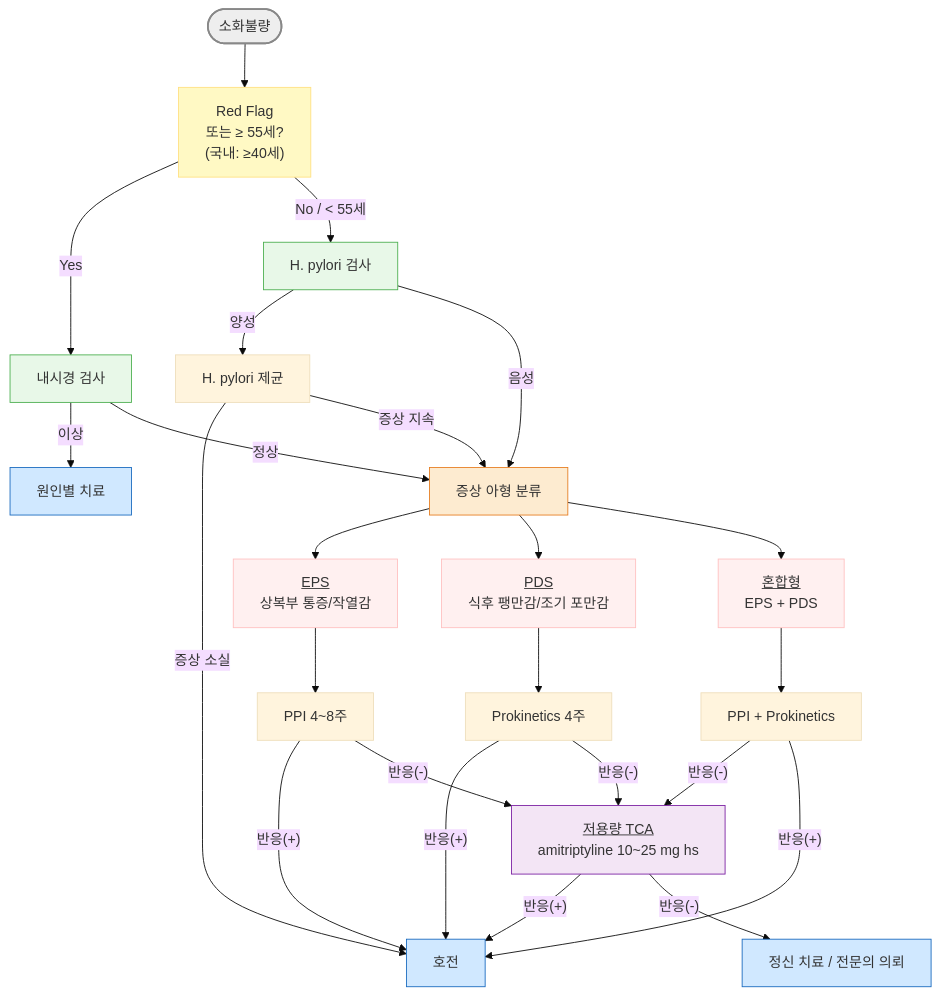
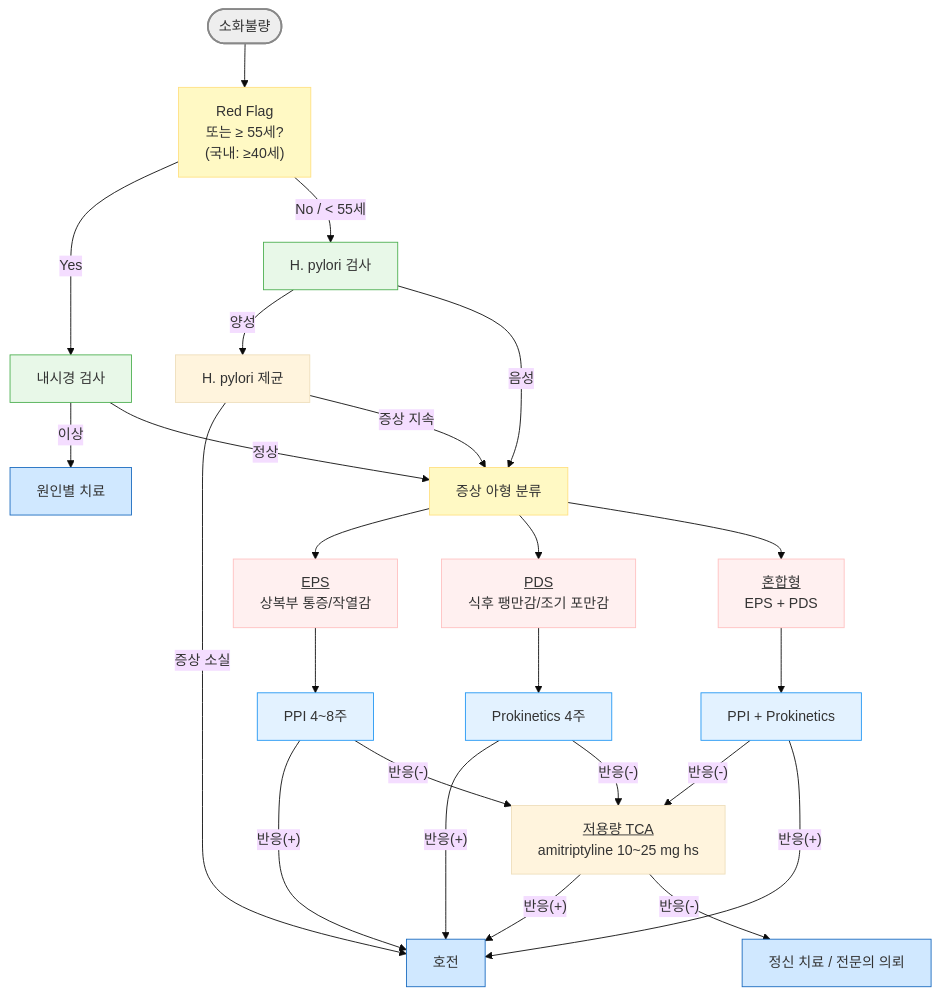
Before and after one commit to familyoh77/familyoh77: the second of 2 diagrams in 224_/075_-indigestion-dyspepsia.md, drawn with Mermaid (base theme). The commit also changed other lines of this file, not shown here.

````diff
--- a/224_/075_-indigestion-dyspepsia.md
+++ b/224_/075_-indigestion-dyspepsia.md
@@ -256,44 +271,45 @@
 ```mermaid
 graph TD
     Start([소화불량]) --> RF["Red Flag<br/>또는 ≥ 55세?<br/>(국내: ≥40세)"]
     RF -- "Yes" --> Endo["내시경 검사"]
     RF -- "No / < 55세" --> HpTest["H. pylori 검사"]
 
     Endo -- "이상" --> CauseTx["원인별 치료"]
     Endo -- "정상" --> Pheno
 
     HpTest -- "양성" --> HpErad["H. pylori 제균"]
     HpTest -- "음성" --> Pheno["증상 아형 분류"]
     HpErad -- "증상 소실" --> Done["호전"]
     HpErad -- "증상 지속" --> Pheno
 
     Pheno --> EPS["<u>EPS</u><br/>상복부 통증/작열감"]
     Pheno --> PDS["<u>PDS</u><br/>식후 팽만감/조기 포만감"]
     Pheno --> Mix["<u>혼합형</u><br/>EPS + PDS"]
 
     EPS --> PPI["PPI 4~8주"]
     PDS --> Prokin["Prokinetics 4주"]
     Mix --> Both["PPI + Prokinetics"]
 
     PPI -- "반응(+)" --> Done
     Prokin -- "반응(+)" --> Done
 
 
     PPI -- "반응(-)" --> TCA["<u>저용량 TCA</u><br/>amitriptyline 10~25 mg hs"]
     Prokin -- "반응(-)" --> TCA
     Both -- "반응(-)" --> TCA
     Both -- "반응(+)" --> Done
     TCA -- "반응(+)" --> Done
     TCA -- "반응(-)" --> Psych["정신 치료 / 전문의 의뢰"]
 
     style Start fill:#eeeeee,stroke:#888888,stroke-width:2px
-    style RF fill:#fff9c4,stroke:#ffe082
+    classDef yellow fill:#fff9c4,stroke:#ffe082
+    class RF,Pheno yellow
     classDef green fill:#e8f8e8,stroke:#4caf50
     class HpTest,Endo green
-    style Pheno fill:#fdebd0,stroke:#e67e22
     classDef pink fill:#FFF0F0,stroke:#FFC0C0
     class EPS,PDS,Mix pink
+    classDef sky fill:#e3f2ff,stroke:#2196f3
+    class PPI,Prokin,Both sky
     classDef blue fill:#d0e8ff,stroke:#1a6abf
     class Done,CauseTx,Psych blue
-    style TCA fill:#f3e5f5,stroke:#7b1fa2
 ```
````
